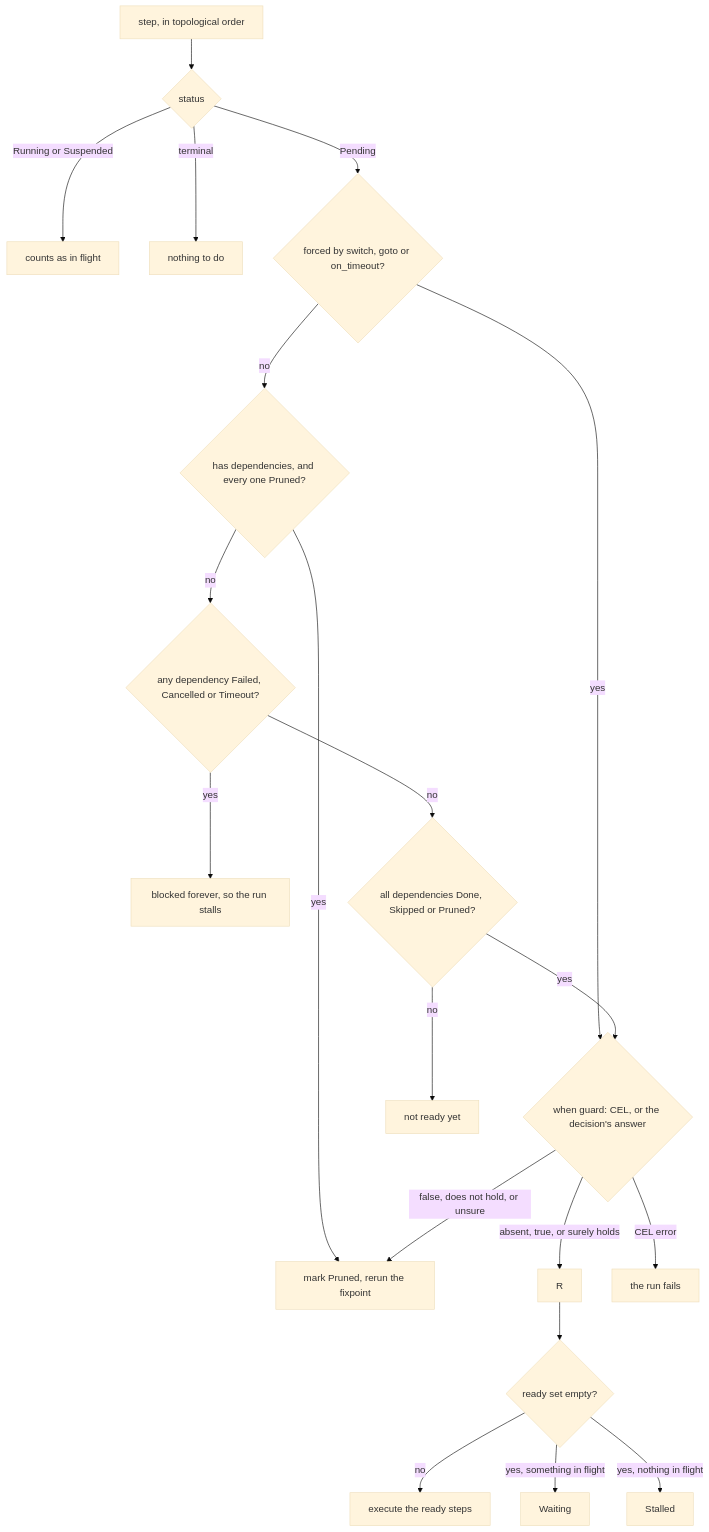
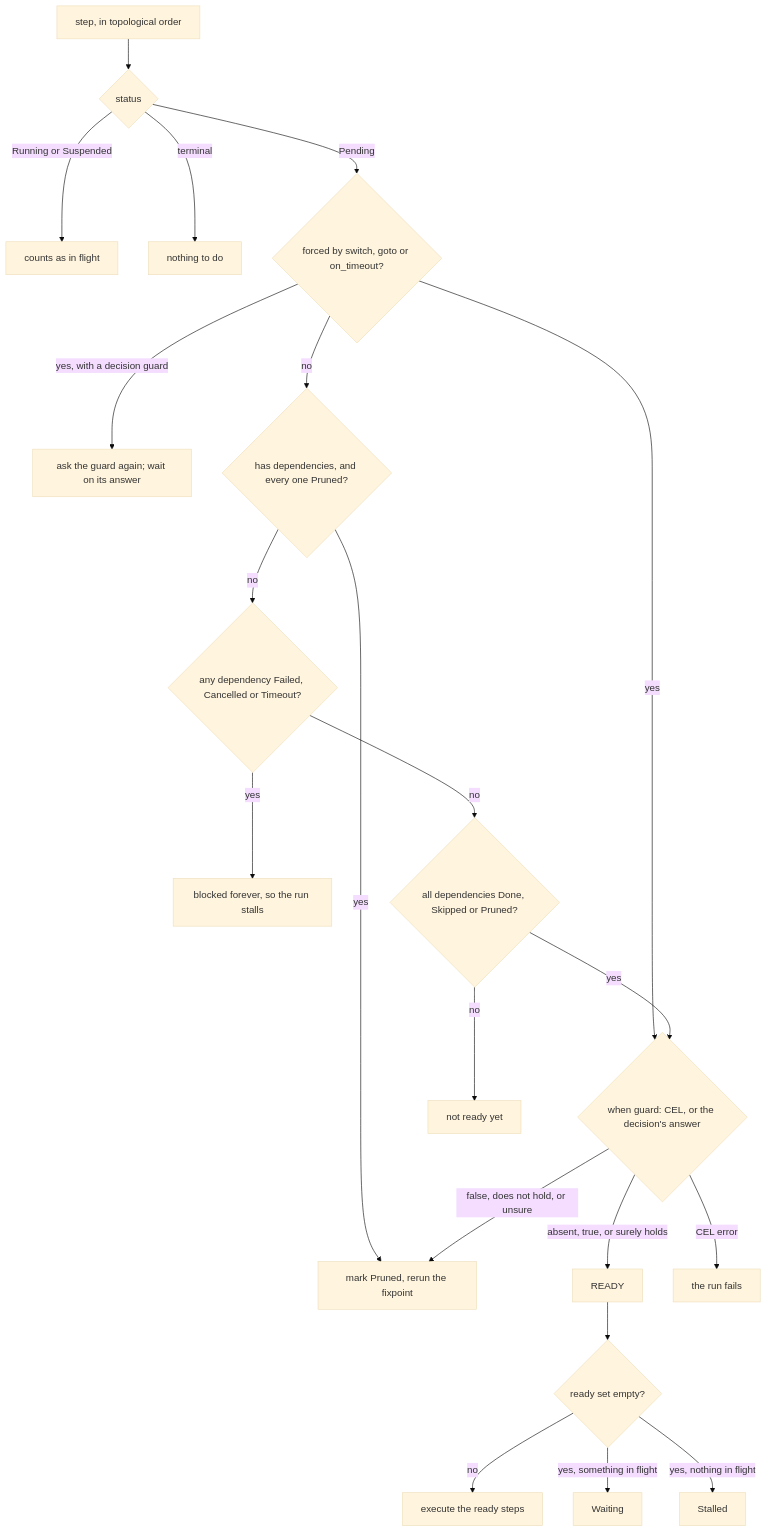
The fourth of 4 diagrams in docs/workflows.md (agentd-dev/source-code), drawn with Mermaid (base theme) before and after one commit. The commit also changed other lines of this file and 5 other files, not shown here.

````diff
--- a/docs/workflows.md
+++ b/docs/workflows.md
@@ -918,22 +922,23 @@
 ```mermaid
 flowchart TD
     A["step, in topological order"] --> B{"status"}
     B -->|"Running or Suspended"| C["counts as in flight"]
     B -->|"terminal"| D["nothing to do"]
     B -->|"Pending"| E{"forced by switch, goto or on_timeout?"}
+    E -->|"yes, with a decision guard"| GA["ask the guard again; wait on its answer"]
     E -->|"yes"| J
     E -->|"no"| Q{"has dependencies, and every one Pruned?"}
     Q -->|"yes"| K["mark Pruned, rerun the fixpoint"]
     Q -->|"no"| F{"any dependency Failed, Cancelled or Timeout?"}
     F -->|"yes"| G["blocked forever, so the run stalls"]
     F -->|"no"| H{"all dependencies Done, Skipped or Pruned?"}
     H -->|"no"| I["not ready yet"]
     H -->|"yes"| J{"when guard: CEL, or the decision's answer"}
-    J -->|"absent, true, or surely holds"| R
+    J -->|"absent, true, or surely holds"| R["READY"]
     J -->|"false, does not hold, or unsure"| K
     J -->|"CEL error"| L["the run fails"]
     R --> M{"ready set empty?"}
     M -->|"no"| N["execute the ready steps"]
     M -->|"yes, something in flight"| O["Waiting"]
     M -->|"yes, nothing in flight"| P["Stalled"]
 ```
````
